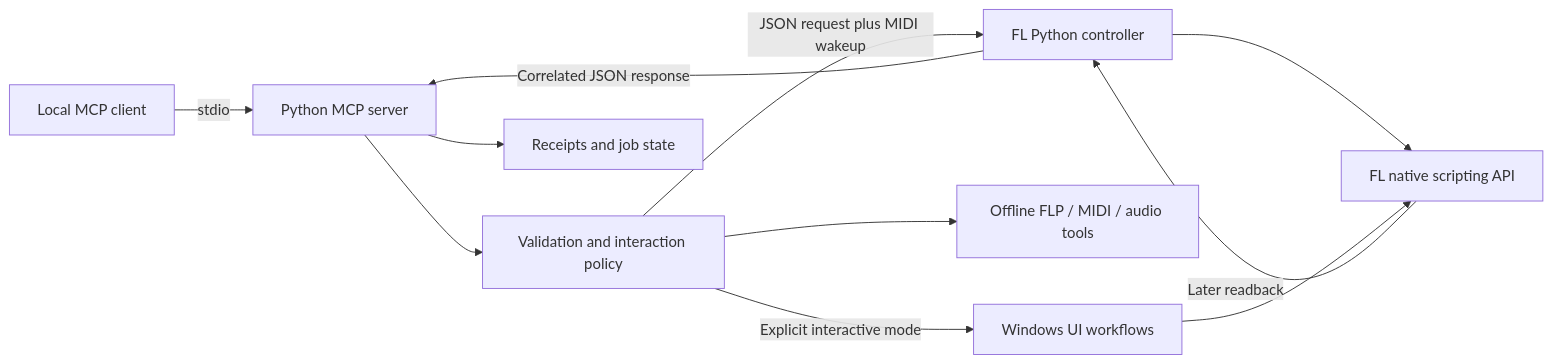
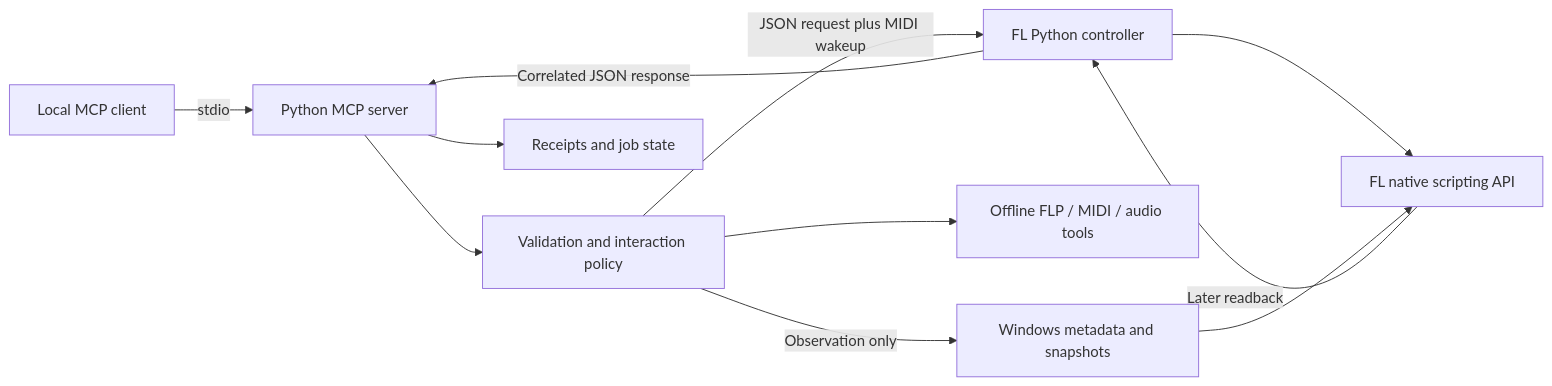
The diagram in docs/ARCHITECTURE.md (ALX-CODE/SyncFL-MCP), drawn with Mermaid before and after one commit. The commit also changed other lines of this file and 49 other files, not shown here.

First line of the commit message:
Remove interactive mode and use backend-only loading (#5)

````diff
--- a/docs/ARCHITECTURE.md
+++ b/docs/ARCHITECTURE.md
@@ -5,13 +5,13 @@
 ```mermaid
 flowchart LR
     A[Local MCP client] -->|stdio| B[Python MCP server]
     B --> C[Validation and interaction policy]
     C -->|JSON request plus MIDI wakeup| D[FL Python controller]
     D --> E[FL native scripting API]
     E -->|Later readback| D
     D -->|Correlated JSON response| B
     C --> F[Offline FLP / MIDI / audio tools]
-    C -->|Explicit interactive mode| G[Windows UI workflows]
+    C -->|Observation only| G[Windows metadata and snapshots]
     G --> E
     B --> H[Receipts and job state]
 ```
````
